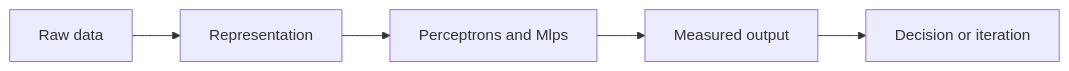
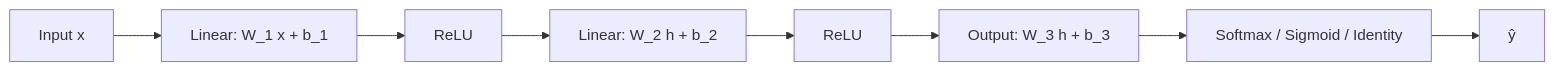
One commit to Icon1cc/Machine-Learning changed the diagram in deep-learning/02-perceptrons-and-mlps.md. Above: the diagram before and after it, drawn with Mermaid. The commit also changed other lines of this file and 264 other files, not shown here.

````diff
--- a/deep-learning/02-perceptrons-and-mlps.md
+++ b/deep-learning/02-perceptrons-and-mlps.md
@@ -92,7 +170,10 @@
 ```mermaid
 flowchart LR
-    A[Raw data] --> B[Representation]
-    B --> C[Perceptrons and Mlps]
-    C --> D[Measured output]
-    D --> E[Decision or iteration]
+    X[Input x] --> L1[Linear: W_1 x + b_1]
+    L1 --> A1[ReLU]
+    A1 --> L2[Linear: W_2 h + b_2]
+    L2 --> A2[ReLU]
+    A2 --> L3[Output: W_3 h + b_3]
+    L3 --> S[Softmax / Sigmoid / Identity]
+    S --> Y[ŷ]
 ```
````
